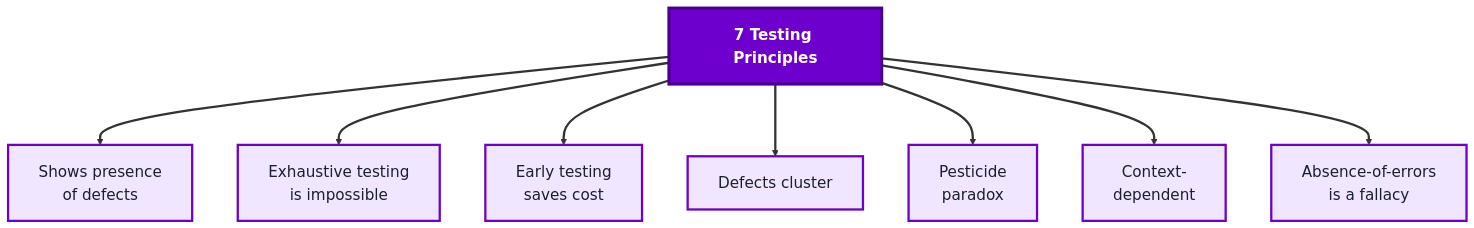
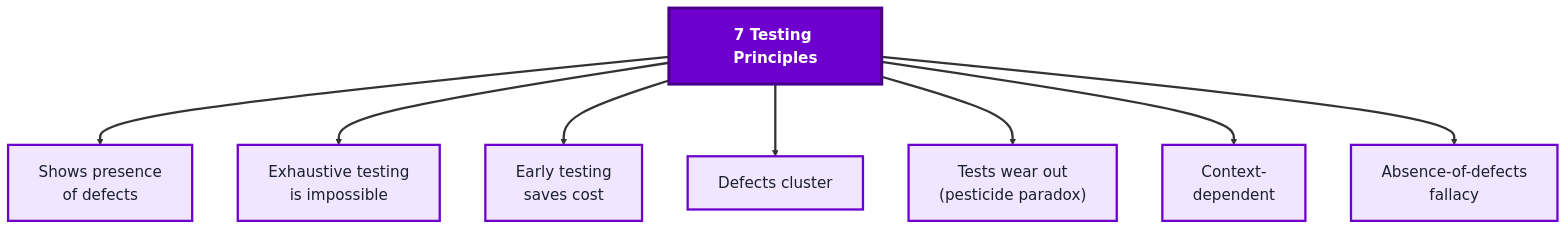
One commit to SHEMODELTECH/shemodeltech changed the third of 3 diagrams in src/Pages/courses/TechQA/module-1-qa-fundamentals.md. Above: the diagram before and after it, drawn with Mermaid. The commit also changed other lines of this file and 53 other files, not shown here.

````diff
--- a/src/Pages/courses/TechQA/module-1-qa-fundamentals.md
+++ b/src/Pages/courses/TechQA/module-1-qa-fundamentals.md
@@ -183,30 +191,30 @@
 ```mermaid
 %%{init: {'theme':'base', 'themeVariables': {'fontSize':'20px', 'primaryTextColor':'#1a202c', 'primaryBorderColor':'#6d00cc', 'lineColor':'#333333'}, 'flowchart': {'nodeSpacing': 60, 'rankSpacing': 80, 'padding': 20}}}%%
 flowchart TB
     P["<b>7 Testing Principles</b>"]
     P1["Shows presence<br/>of defects"]
     P2["Exhaustive testing<br/>is impossible"]
     P3["Early testing<br/>saves cost"]
     P4["Defects cluster"]
-    P5["Pesticide<br/>paradox"]
+    P5["Tests wear out<br/>(pesticide paradox)"]
     P6["Context-<br/>dependent"]
-    P7["Absence-of-errors<br/>is a fallacy"]
+    P7["Absence-of-defects<br/>fallacy"]
 
     P ==> P1
     P ==> P2
     P ==> P3
     P ==> P4
     P ==> P5
     P ==> P6
     P ==> P7
 
     style P fill:#6d00cc,color:#fff,stroke:#4a0089,stroke-width:4px
     style P1 fill:#f0e6ff,color:#1a202c,stroke:#6d00cc,stroke-width:3px
     style P2 fill:#f0e6ff,color:#1a202c,stroke:#6d00cc,stroke-width:3px
     style P3 fill:#f0e6ff,color:#1a202c,stroke:#6d00cc,stroke-width:3px
     style P4 fill:#f0e6ff,color:#1a202c,stroke:#6d00cc,stroke-width:3px
     style P5 fill:#f0e6ff,color:#1a202c,stroke:#6d00cc,stroke-width:3px
     style P6 fill:#f0e6ff,color:#1a202c,stroke:#6d00cc,stroke-width:3px
     style P7 fill:#f0e6ff,color:#1a202c,stroke:#6d00cc,stroke-width:3px
     linkStyle default stroke-width:3px,stroke:#333333
 ```
````
